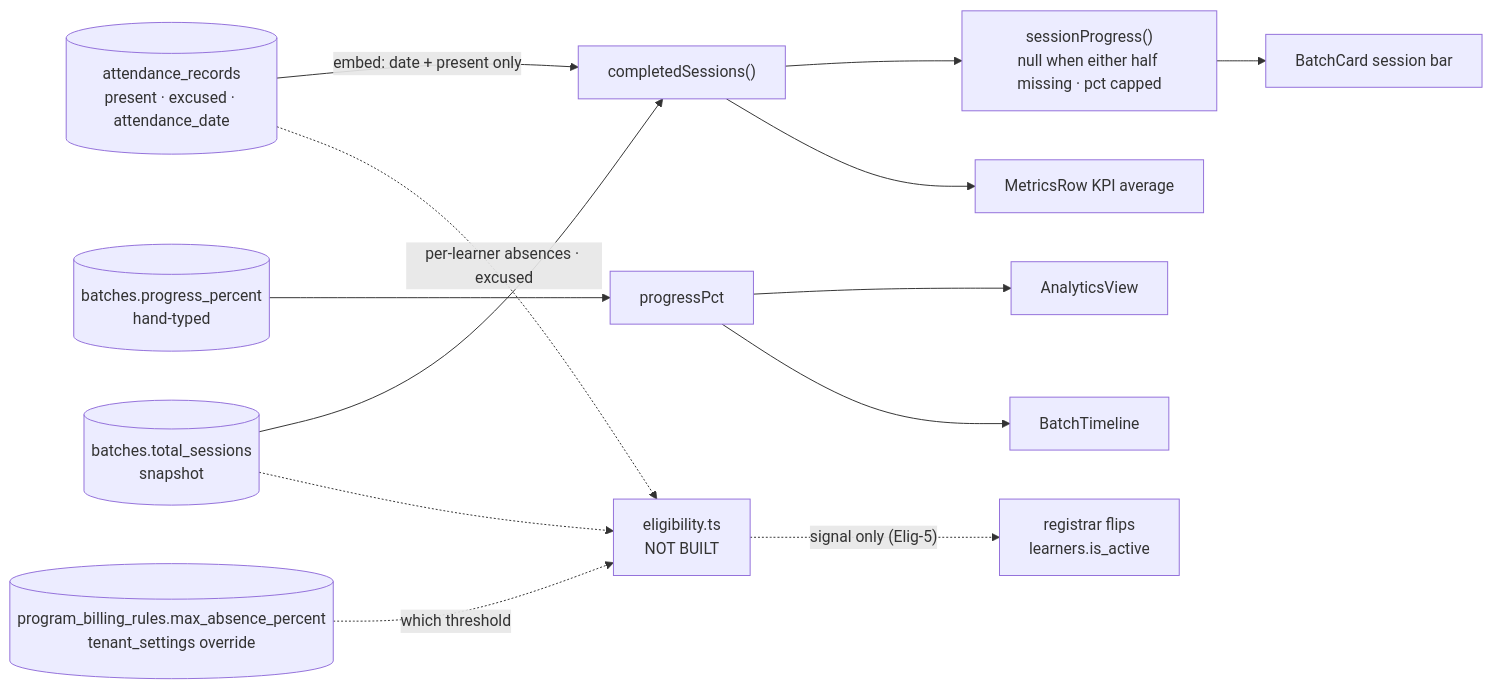
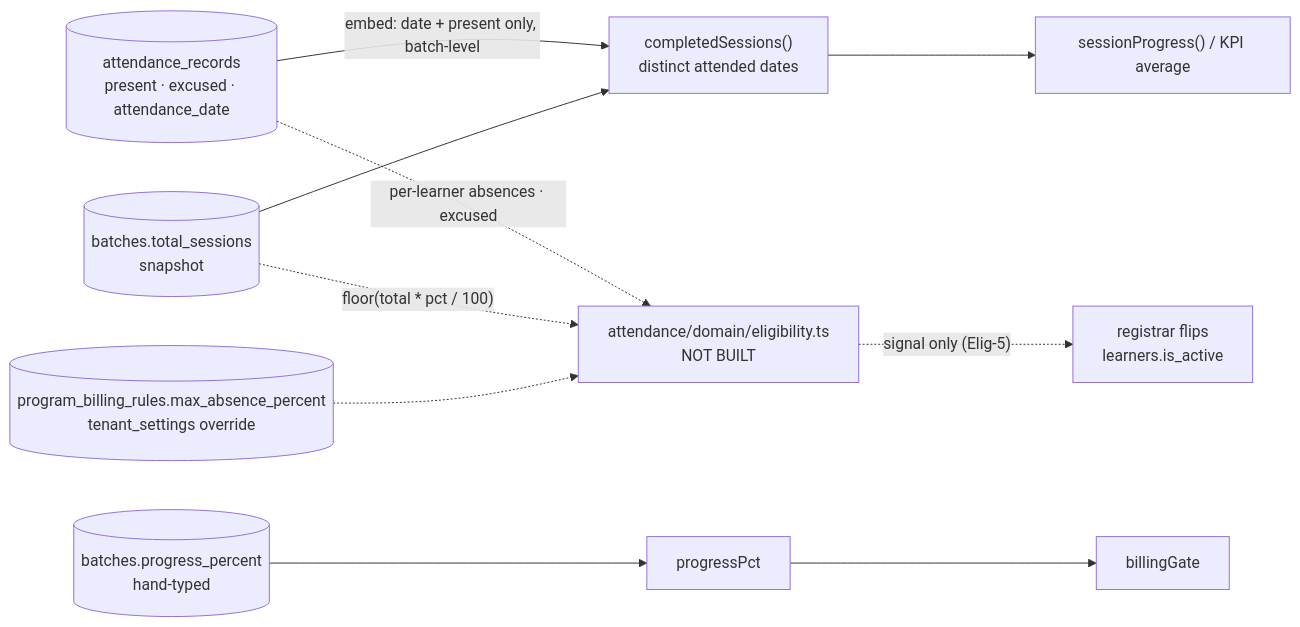
One commit to shuakyle21/tesda-compliance-manager changed the diagram in openwiki/workflows/attendance-and-dropout-eligibility.md. Above: the diagram before and after it, drawn with Mermaid. The commit also changed other lines of this file and 48 other files, not shown here.

````diff
--- a/openwiki/workflows/attendance-and-dropout-eligibility.md
+++ b/openwiki/workflows/attendance-and-dropout-eligibility.md
@@ -172,16 +166,12 @@
 ```mermaid
 flowchart LR
   DB[(attendance_records<br/>present · excused · attendance_date)]
-  DB -->|"embed: date + present only"| MAP["completedSessions()"]
-  BATCH[(batches.total_sessions<br/>snapshot)] --> MAP
-  MAP --> SP["sessionProgress()<br/>null when either half missing · pct capped"]
-  SP --> CARD[BatchCard session bar]
-  MAP --> MET[MetricsRow KPI average]
-  STORED[(batches.progress_percent<br/>hand-typed)] --> PP[progressPct]
-  PP --> AV[AnalyticsView]
-  PP --> TL[BatchTimeline]
-  RULES[(program_billing_rules.max_absence_percent<br/>tenant_settings override)] -.->|"which threshold"| ELIG["eligibility.ts<br/>NOT BUILT"]
-  DB -.->|"per-learner absences · excused"| ELIG
-  BATCH -.-> ELIG
+  DB -->|"embed: date + present only, batch-level"| CS["completedSessions()<br/>distinct attended dates"]
+  BATCH[(batches.total_sessions<br/>snapshot)] --> CS
+  CS --> SP["sessionProgress() / KPI average"]
+  STORED[(batches.progress_percent<br/>hand-typed)] --> PP[progressPct] --> GATE[billingGate]
+  DB -.->|"per-learner absences · excused"| ELIG["attendance/domain/eligibility.ts<br/>NOT BUILT"]
+  BATCH -.->|"floor(total * pct / 100)"| ELIG
+  RULES[(program_billing_rules.max_absence_percent<br/>tenant_settings override)] -.-> ELIG
   ELIG -.->|"signal only (Elig-5)"| MAN["registrar flips<br/>learners.is_active"]
 ```
````
